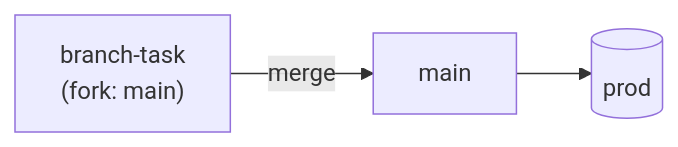
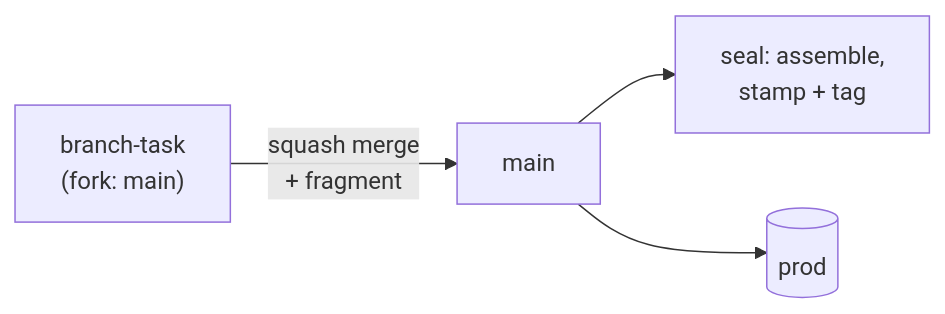
The diagram in standards/git-flow-standard/rule-2610082124.md (rosinfotech/standards), drawn with Mermaid before and after one commit. The commit also changed 48 other files, not shown here.

Commit message:
0.6.1: Changed: The stamp protocol moved to seal-on-main for variants #4-#5

````diff
--- a/standards/git-flow-standard/rule-2610082124.md
+++ b/standards/git-flow-standard/rule-2610082124.md
@@ -31,5 +31,6 @@
   ```mermaid
   flowchart LR
-      T["branch-task<br>(fork: main)"] -->|"merge"| M["main"]
+      T["branch-task<br>(fork: main)"] -->|"squash merge<br>+ fragment"| M["main"]
+      M --> S["seal: assemble,<br>stamp + tag"]
       M --> PE[("prod")]
   ```
````
